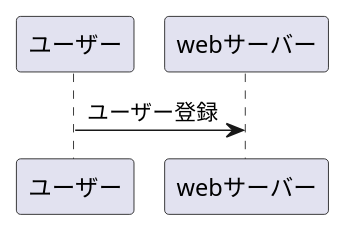
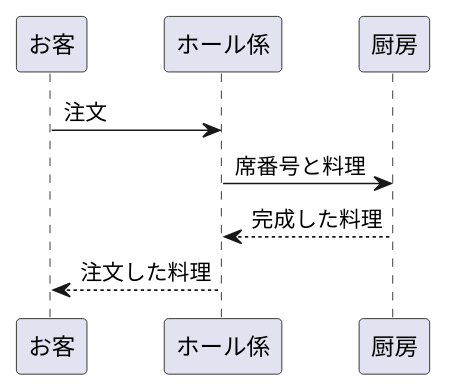
The diagram in gyoumuhuro-.md (Aso2001026/2021sys-design), drawn with PlantUML before and after one commit. The commit also changed other lines of this file, not shown here.

````diff
--- a/gyoumuhuro-.md
+++ b/gyoumuhuro-.md
@@ -1,3 +1,8 @@
+```uml
 @startuml
-ユーザー -> webサーバー :ユーザー登録
+お客 -> ホール係: 注文
+ホール係 -> 厨房: 席番号と料理
+厨房 --> ホール係: 完成した料理
+ホール係 --> お客: 注文した料理
 @enduml
+```
````
